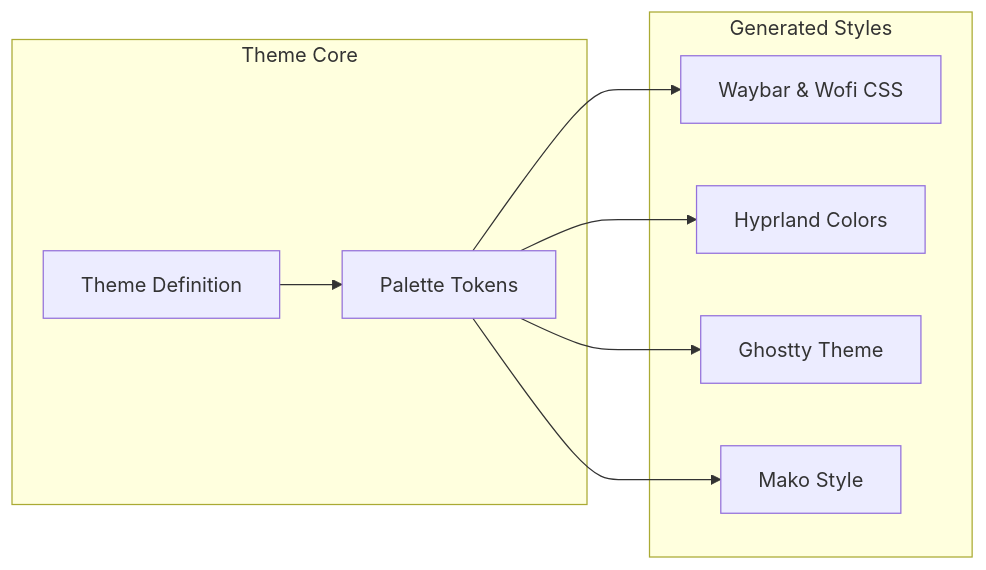
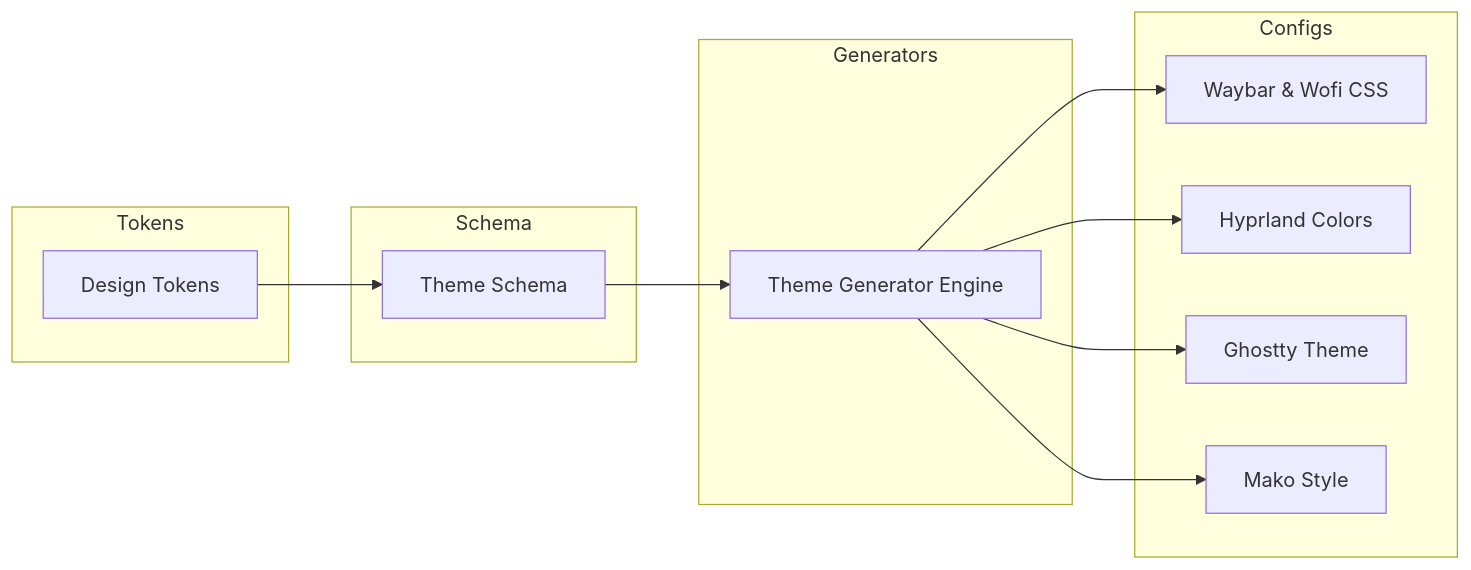
Before and after one commit to clxzwe/akumaos: the second of 3 diagrams in docs/architecture.md, drawn with Mermaid. The commit also changed other lines of this file and 6 other files, not shown here.

Commit message:
docs: define configuration schema

````diff
--- a/docs/architecture.md
+++ b/docs/architecture.md
@@ -79,20 +96,28 @@
 ```mermaid
 graph LR
-    subgraph Theme Core
-        T[Theme Definition]
-        P[Palette Tokens]
+    subgraph Tokens
+        P[Design Tokens]
     end
 
-    subgraph Generated Styles
+    subgraph Schema
+        S[Theme Schema]
+    end
+
+    subgraph Generators
+        G[Theme Generator Engine]
+    end
+
+    subgraph Configs
         CSS[Waybar & Wofi CSS]
         HYPR[Hyprland Colors]
         TERM[Ghostty Theme]
         NOTIF[Mako Style]
     end
 
-    T --> P
-    P --> CSS
-    P --> HYPR
-    P --> TERM
-    P --> NOTIF
+    P --> S
+    S --> G
+    G --> CSS
+    G --> HYPR
+    G --> TERM
+    G --> NOTIF
 ```
````
